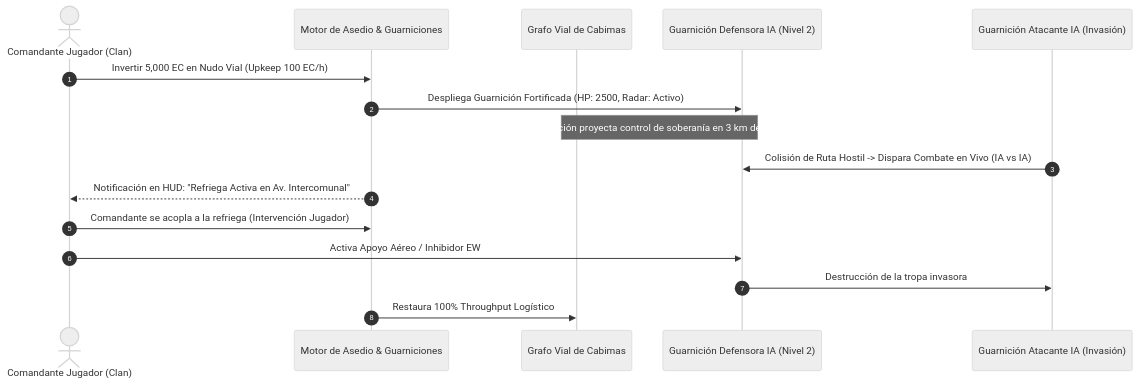
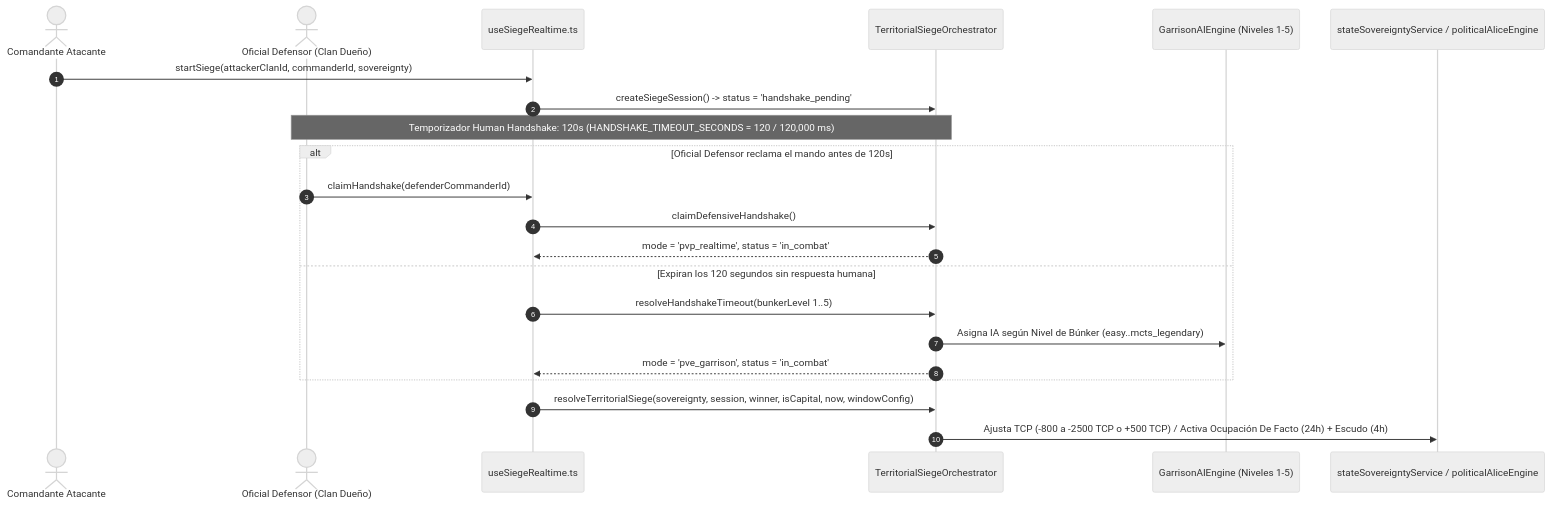
One commit to davikisea/GEOTACTICS-ONLINE changed the seventh of 8 diagrams in docs/ANALISIS_PROJECT_ALICE_RUTAS_INGENIERIA_MAPA_METAPOLITICA.md. Above: the diagram before and after it, drawn with Mermaid (neutral theme). The commit also changed other lines of this file and 352 other files, not shown here.

Commit message:
feat(architecture): migración modular a 4 dominios (@domains/*), consolidación de base de datos y sincronización de suites deterministas

````diff
--- a/docs/ANALISIS_PROJECT_ALICE_RUTAS_INGENIERIA_MAPA_METAPOLITICA.md
+++ b/docs/ANALISIS_PROJECT_ALICE_RUTAS_INGENIERIA_MAPA_METAPOLITICA.md
@@ -292,20 +357,25 @@
 ```mermaid
 sequenceDiagram
     autonumber
-    actor ClanPlayer as Comandante Jugador (Clan)
-    participant Engine as Motor de Asedio & Guarniciones
-    participant RoadGraph as Grafo Vial de Cabimas
-    participant AI1 as Guarnición Defensora IA (Nivel 2)
-    participant AI2 as Guarnición Atacante IA (Invasión)
+    actor Attacker as Comandante Atacante
+    actor Defender as Oficial Defensor (Clan Dueño)
+    participant SiegeHook as useSiegeRealtime.ts
+    participant Orchestrator as TerritorialSiegeOrchestrator
+    participant GarrisonAI as GarrisonAIEngine (Niveles 1-5)
+    participant SovService as stateSovereigntyService / politicalAliceEngine
 
-    ClanPlayer->>Engine: Invertir 5,000 EC en Nudo Vial (Upkeep 100 EC/h)
-    Engine->>AI1: Despliega Guarnición Fortificada (HP: 2500, Radar: Activo)
-    Note over AI1,RoadGraph: La Guarnición proyecta control de soberanía en 3 km de carretera
-
-    AI2->>AI1: Colisión de Ruta Hostil -> Dispara Combate en Vivo (IA vs IA)
-    Engine-->>ClanPlayer: Notificación en HUD: "Refriega Activa en Av. Intercomunal"
-    ClanPlayer->>Engine: Comandante se acopla a la refriega (Intervención Jugador)
-    ClanPlayer->>AI1: Activa Apoyo Aéreo / Inhibidor EW
-    AI1->>AI2: Destrucción de la tropa invasora
-    Engine->>RoadGraph: Restaura 100% Throughput Logístico
+    Attacker->>SiegeHook: startSiege(attackerClanId, commanderId, sovereignty)
+    SiegeHook->>Orchestrator: createSiegeSession() -> status = 'handshake_pending'
+    Note over Orchestrator,Defender: Temporizador Human Handshake: 120s (HANDSHAKE_TIMEOUT_SECONDS = 120 / 120,000 ms)
+    alt Oficial Defensor reclama el mando antes de 120s
+        Defender->>SiegeHook: claimHandshake(defenderCommanderId)
+        SiegeHook->>Orchestrator: claimDefensiveHandshake()
+        Orchestrator-->>SiegeHook: mode = 'pvp_realtime', status = 'in_combat'
+    else Expiran los 120 segundos sin respuesta humana
+        SiegeHook->>Orchestrator: resolveHandshakeTimeout(bunkerLevel 1..5)
+        Orchestrator->>GarrisonAI: Asigna IA según Nivel de Búnker (easy..mcts_legendary)
+        Orchestrator-->>SiegeHook: mode = 'pve_garrison', status = 'in_combat'
+    end
+    SiegeHook->>Orchestrator: resolveTerritorialSiege(sovereignty, session, winner, isCapital, now, windowConfig)
+    Orchestrator->>SovService: Ajusta TCP (-800 a -2500 TCP o +500 TCP) / Activa Ocupación De Facto (24h) + Escudo (4h)
 ```
````
